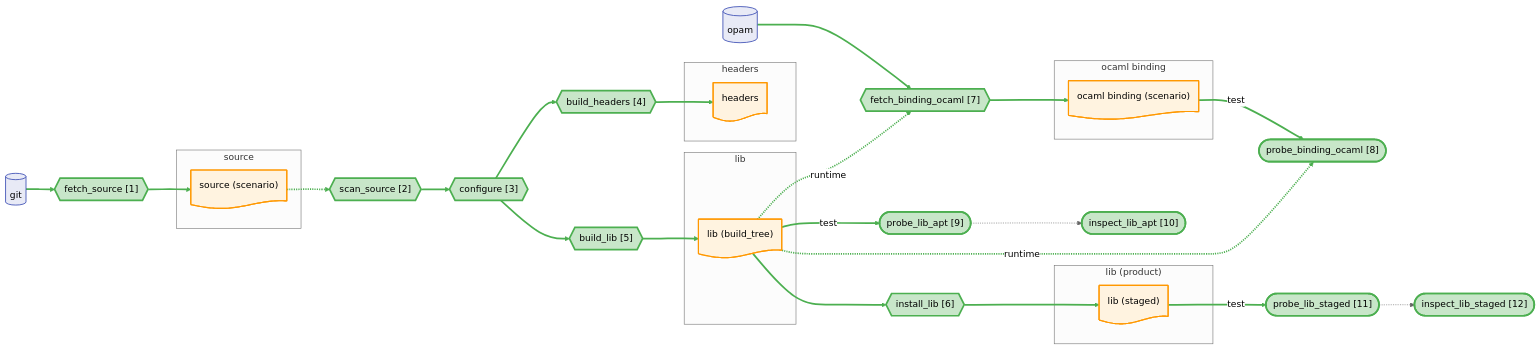
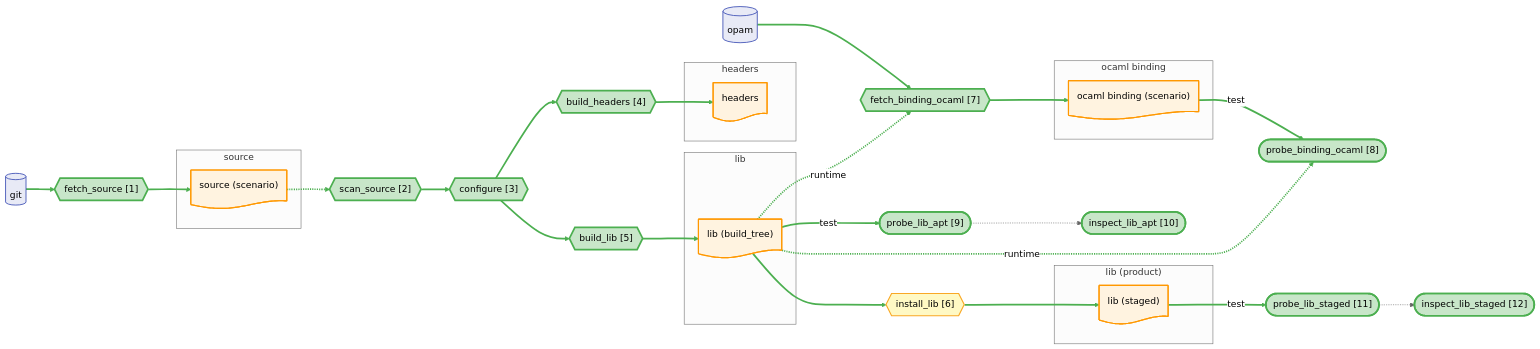
One commit to JHU-PL-Lab/tola changed the diagram in docs/canary/projects/z3/-run/diagrams/full.mmd. Above: the diagram before and after it, drawn with Mermaid (neutral theme). The commit also changed 41 other files, not shown here.

```diff
--- a/docs/canary/projects/z3/-run/diagrams/full.mmd
+++ b/docs/canary/projects/z3/-run/diagrams/full.mmd
@@ -1,92 +1,92 @@
 %% view: full
 graph LR
     subgraph source_sg ["source"]
       source_node@{ shape: doc, label: "source (scenario)" }
     end
     subgraph headers_sg ["headers"]
       headers_node@{ shape: doc, label: "headers" }
     end
     subgraph lib_input_sg ["lib"]
       lib_build_tree_node@{ shape: doc, label: "lib (build_tree)" }
     end
     subgraph lib_product_sg ["lib (product)"]
       lib_staged_node@{ shape: doc, label: "lib (staged)" }
     end
     subgraph ocaml_binding_sg ["ocaml binding"]
       ocaml_binding_node@{ shape: doc, label: "ocaml binding (scenario)" }
     end
 
     git_store@{ shape: cyl, label: "git" }
     opam_store@{ shape: cyl, label: "opam" }
 
     A_scan_source{{"scan_source [2]"}}
     A_configure{{"configure [3]"}}
     A_fetch_source{{"fetch_source [1]"}}
     A_fetch_binding_ocaml{{"fetch_binding_ocaml [7]"}}
     A_build_headers{{"build_headers [4]"}}
     A_build_lib{{"build_lib [5]"}}
     A_install_lib{{"install_lib [6]"}}
     A_probe_binding_ocaml(["probe_binding_ocaml [8]"])
     A_probe_lib_apt(["probe_lib_apt [9]"])
     A_probe_lib_apt_inspect(["inspect_lib_apt [10]"])
     A_probe_lib_staged(["probe_lib_staged [11]"])
     A_probe_lib_staged_inspect(["inspect_lib_staged [12]"])
 
     git_store --> A_fetch_source --> source_node
     source_node -.-> A_scan_source
     A_scan_source --> A_configure
     A_configure --> A_build_headers
     A_build_headers --> headers_node
     A_configure --> A_build_lib
     A_build_lib --> lib_build_tree_node
     lib_build_tree_node --> A_install_lib
     A_install_lib --> lib_staged_node
     lib_build_tree_node -->|test| A_probe_lib_apt
     lib_staged_node -->|test| A_probe_lib_staged
     opam_store --> A_fetch_binding_ocaml --> ocaml_binding_node
     lib_build_tree_node -.->|runtime| A_fetch_binding_ocaml
     ocaml_binding_node -->|test| A_probe_binding_ocaml
     lib_build_tree_node -.->|runtime| A_probe_binding_ocaml
     A_probe_lib_apt -.-> A_probe_lib_apt_inspect
     A_probe_lib_staged -.-> A_probe_lib_staged_inspect
 
     classDef artifact fill:#fff3e0,stroke:#ff9800,stroke-width:2px
     classDef store fill:#e8eaf6,stroke:#3f51b5,stroke-width:1.5px
     classDef st_done fill:#c8e6c9,stroke:#4caf50,stroke-width:3px
     classDef st_done_ctx fill:#e8f5e9,stroke:#a5d6a7,stroke-width:1.5px
     classDef st_expected_fail fill:#fff9c4,stroke:#f9a825,stroke-width:2px
     classDef st_failed fill:#ffcdd2,stroke:#c62828,stroke-width:2px
     classDef st_skipped fill:#f5f5f5,stroke:#9e9e9e,stroke-dasharray:5
     classDef st_nospec fill:#fafafa,stroke:#bdbdbd,stroke-dasharray:5
     class source_node,headers_node,lib_build_tree_node,lib_staged_node,ocaml_binding_node artifact
     class git_store store
     class opam_store store
     class A_fetch_source st_done
     class A_scan_source st_done
     class A_configure st_done
     class A_build_headers st_done
     class A_build_lib st_done
-    class A_install_lib st_done
+    class A_install_lib st_expected_fail
     class A_fetch_binding_ocaml st_done
     class A_probe_binding_ocaml st_done
     class A_probe_lib_apt st_done
     class A_probe_lib_apt_inspect st_done
     class A_probe_lib_staged st_done
     class A_probe_lib_staged_inspect st_done
     linkStyle 0 stroke:#4caf50,stroke-width:3px
     linkStyle 1 stroke:#4caf50,stroke-width:3px
     linkStyle 2 stroke:#4caf50,stroke-width:3px
     linkStyle 3 stroke:#4caf50,stroke-width:3px
     linkStyle 4 stroke:#4caf50,stroke-width:3px
     linkStyle 5 stroke:#4caf50,stroke-width:3px
     linkStyle 6 stroke:#4caf50,stroke-width:3px
     linkStyle 7 stroke:#4caf50,stroke-width:3px
     linkStyle 8 stroke:#4caf50,stroke-width:3px
     linkStyle 9 stroke:#4caf50,stroke-width:3px
     linkStyle 10 stroke:#4caf50,stroke-width:3px
     linkStyle 11 stroke:#4caf50,stroke-width:3px
     linkStyle 12 stroke:#4caf50,stroke-width:3px
     linkStyle 13 stroke:#4caf50,stroke-width:3px
     linkStyle 14 stroke:#4caf50,stroke-width:3px
     linkStyle 15 stroke:#4caf50,stroke-width:3px
     linkStyle 16 stroke:#4caf50,stroke-width:3px
```
